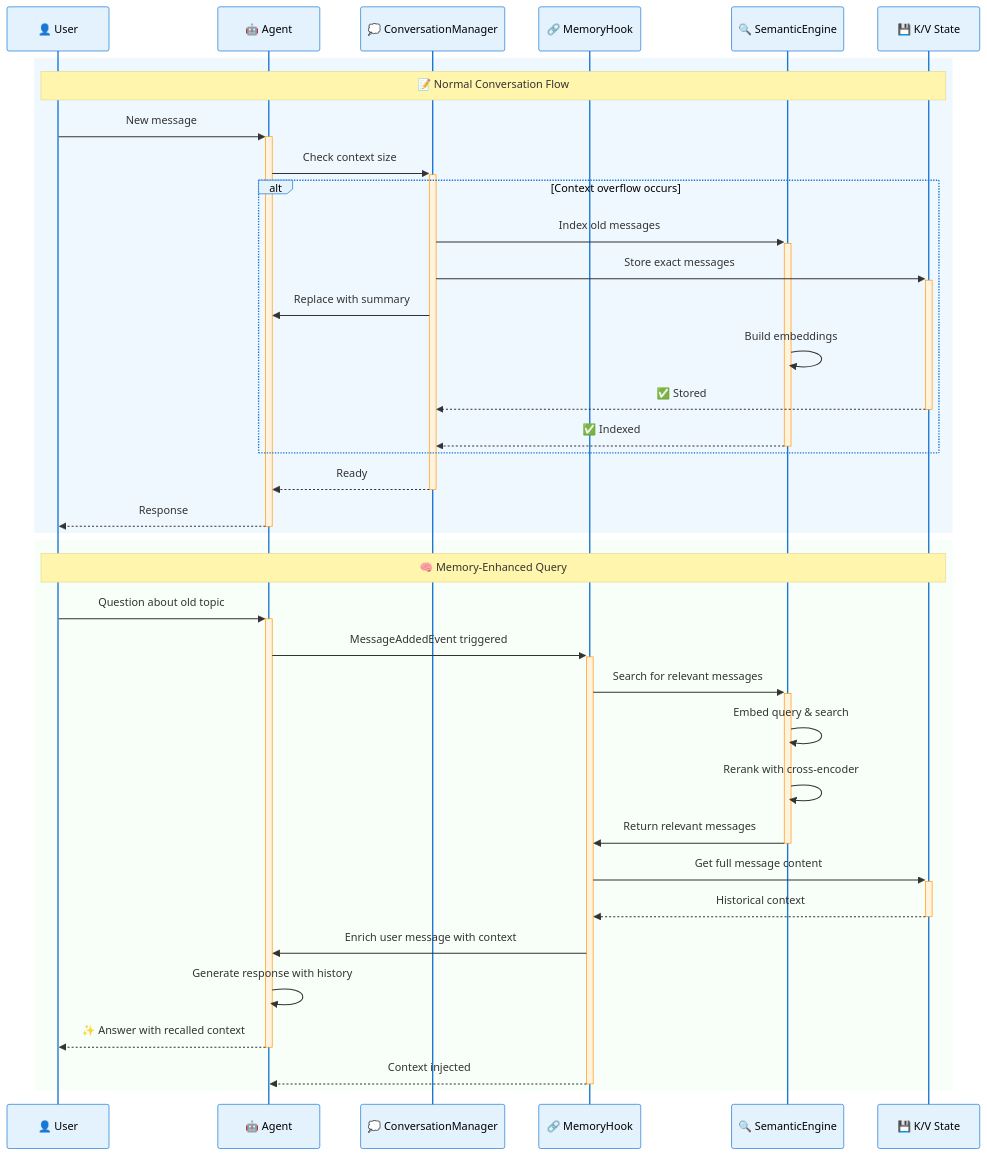
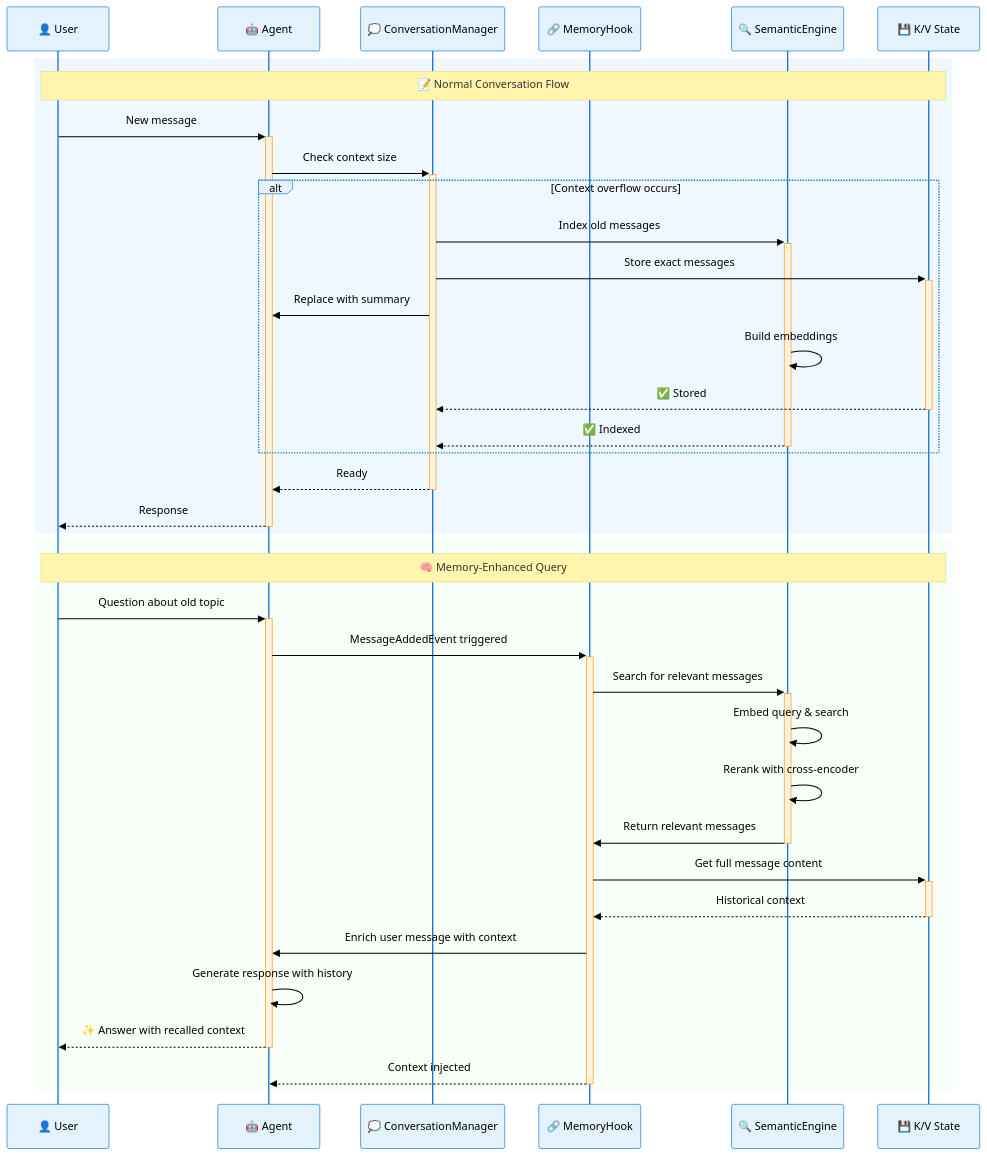
The fifth of 5 diagrams in README.md (danilop/strands-agents-semantic-summarizing-conversation-manager), drawn with Mermaid before and after one commit. The commit also changed other lines of this file, not shown here.

First line of the commit message:
Unify color scheme across all diagrams for consistency

````diff
--- a/README.md
+++ b/README.md
@@ -350,43 +350,43 @@
 ```mermaid
-%%{init: {"theme": "base", "themeVariables": {"actorBkg": "#e3f2fd", "actorBorder": "#1976d2", "actorTextColor": "#000", "activationBkgColor": "#fff3e0", "activationBorderColor": "#ff9800"}}}%%
+%%{init: {"theme": "base", "themeVariables": {"actorBkg": "#E3F2FD", "actorBorder": "#1976D2", "actorTextColor": "#000", "activationBkgColor": "#FFF3E0", "activationBorderColor": "#FF9800", "primaryColor": "#F5F5F5", "primaryTextColor": "#000", "lineColor": "#2196F3"}}}%%
 sequenceDiagram
     participant U as 👤 User
     participant A as 🤖 Agent
     participant CM as 💭 ConversationManager
     participant H as 🔗 MemoryHook
     participant SE as 🔍 SemanticEngine
     participant KV as 💾 K/V State
 
     rect rgb(240, 248, 255)
         Note over U,KV: 📝 Normal Conversation Flow
         U->>+A: New message
         A->>+CM: Check context size
 
         alt Context overflow occurs
             CM->>+SE: Index old messages
             CM->>+KV: Store exact messages
             CM->>A: Replace with summary
             SE->>SE: Build embeddings
             KV-->>-CM: ✅ Stored
             SE-->>-CM: ✅ Indexed
         end
         CM-->>-A: Ready
         A-->>-U: Response
     end
 
     rect rgb(248, 255, 248)
         Note over U,KV: 🧠 Memory-Enhanced Query
         U->>+A: Question about old topic
         A->>+H: MessageAddedEvent triggered
         H->>+SE: Search for relevant messages
         SE->>SE: Embed query & search
         SE->>SE: Rerank with cross-encoder
         SE->>-H: Return relevant messages
         H->>+KV: Get full message content
         KV-->>-H: Historical context
         H->>A: Enrich user message with context
         A->>A: Generate response with history
         A-->>-U: ✨ Answer with recalled context
         H-->>-A: Context injected
     end
 ```
````
